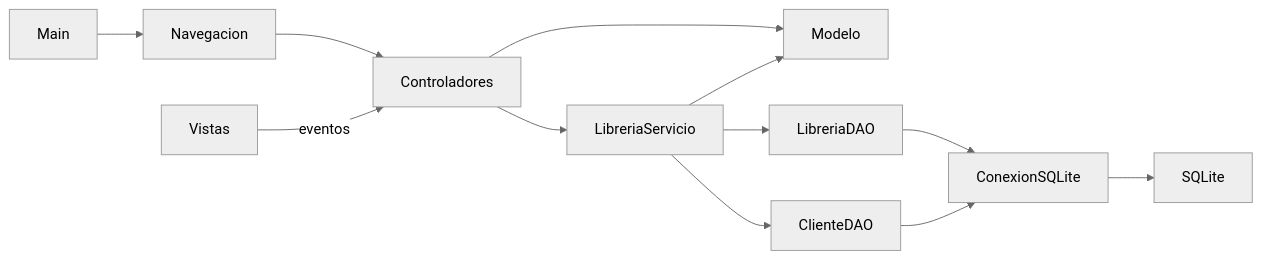
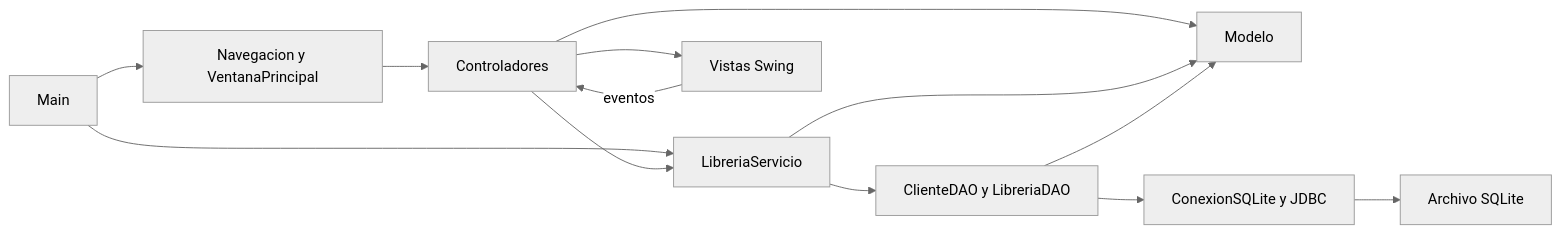
Before and after one commit to nitsugaro/UADE-POO-2026-2: the first of 4 diagrams in TRABAJOS PRACTICOS/TPI FINAL 11-10___01-11___18-11/grupo 5/Documentacion/GUIA_TPO.md, drawn with Mermaid (neutral theme). The commit also changed other lines of this file, not shown here.

````diff
--- a/TRABAJOS PRACTICOS/TPI FINAL 11-10___01-11___18-11/grupo 5/Documentacion/GUIA_TPO.md
+++ b/TRABAJOS PRACTICOS/TPI FINAL 11-10___01-11___18-11/grupo 5/Documentacion/GUIA_TPO.md
@@ -88,14 +182,15 @@
 ```mermaid
 flowchart LR
- Main --> Navegacion
- Navegacion --> Controladores
- Vistas -->|eventos| Controladores
- Controladores --> Modelo
- Controladores --> LibreriaServicio
- LibreriaServicio --> Modelo
- LibreriaServicio --> LibreriaDAO
- LibreriaServicio --> ClienteDAO
- LibreriaDAO --> ConexionSQLite
- ClienteDAO --> ConexionSQLite
- ConexionSQLite --> SQLite
+    main["Main"] --> servicio["LibreriaServicio"]
+    main --> nav["Navegacion y VentanaPrincipal"]
+    nav --> ctrl["Controladores"]
+    ctrl --> vista["Vistas Swing"]
+    vista -->|eventos| ctrl
+    ctrl --> modelo["Modelo"]
+    ctrl --> servicio
+    servicio --> modelo
+    servicio --> dao["ClienteDAO y LibreriaDAO"]
+    dao --> modelo
+    dao --> conexion["ConexionSQLite y JDBC"]
+    conexion --> db["Archivo SQLite"]
 ```
````
